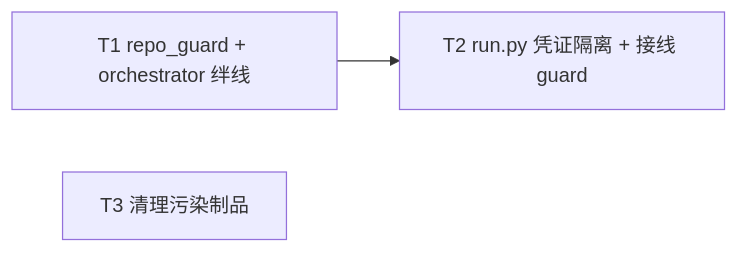
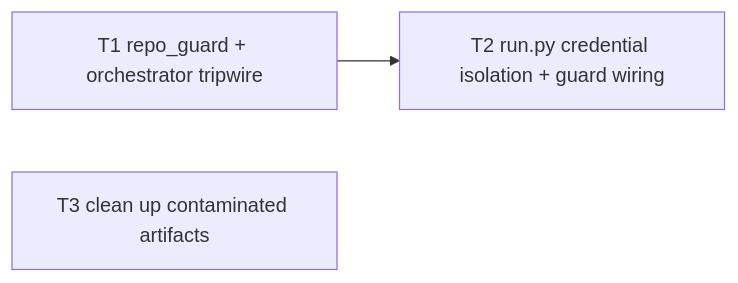
Before and after one commit to Curry09/AHE-Beta: the diagram in docs/specs/0021-dev-escape-containment.md, drawn with Mermaid. The commit also changed other lines of this file and 531 other files, not shown here.

````diff
--- a/docs/specs/0021-dev-escape-containment.md
+++ b/docs/specs/0021-dev-escape-containment.md
@@ -194,7 +195,7 @@
 ```mermaid
 graph LR
-  T1[T1 repo_guard + orchestrator 绊线]
-  T2[T2 run.py 凭证隔离 + 接线 guard]
-  T3[T3 清理污染制品]
+  T1[T1 repo_guard + orchestrator tripwire]
+  T2[T2 run.py credential isolation + guard wiring]
+  T3[T3 clean up contaminated artifacts]
   T1 --> T2
 ```
````
